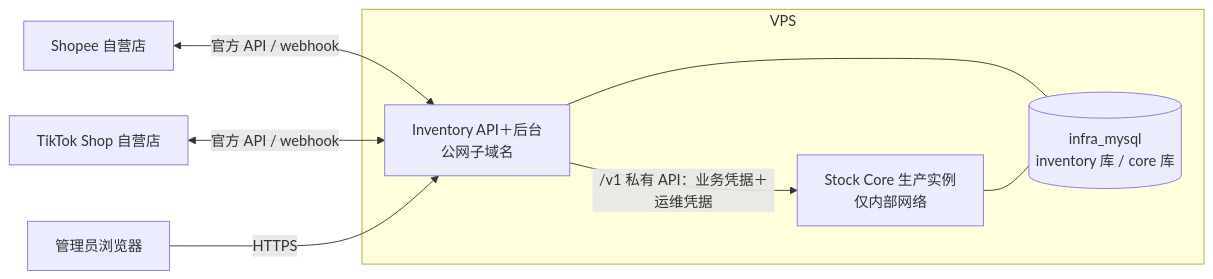
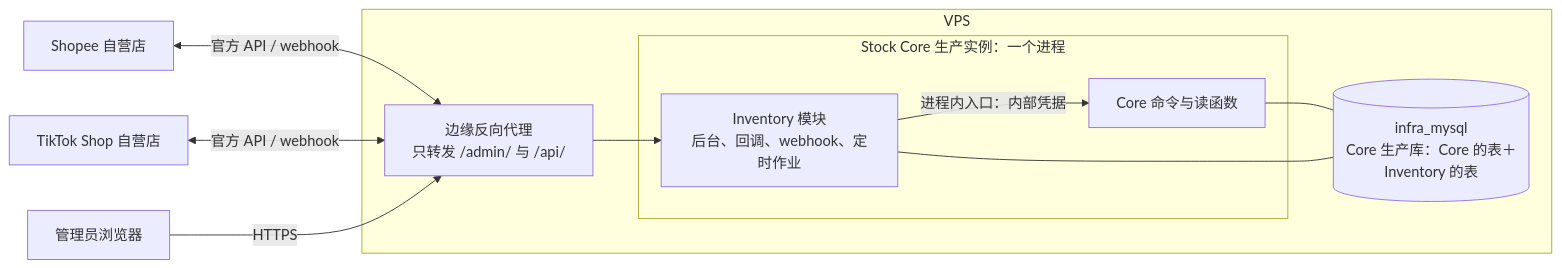
Before and after one commit to kelvinpang90/acuven_stock_core: the first of 2 diagrams in docs/inventory/V1_MINIMAL_DESIGN.md, drawn with Mermaid. The commit also changed other lines of this file and 2 other files, not shown here.

First line of the commit message:
docs(inventory): V1 设计 0.4、后台登录 0.2 草案——按并入 Core 改写，加索引

````diff
--- a/docs/inventory/V1_MINIMAL_DESIGN.md
+++ b/docs/inventory/V1_MINIMAL_DESIGN.md
@@ -52,14 +58,18 @@
 ```mermaid
 flowchart LR
-  SP[Shopee 自营店] <-->|官方 API / webhook| INV
-  TT[TikTok Shop 自营店] <-->|官方 API / webhook| INV
-  ADM[管理员浏览器] -->|HTTPS| INV
+  SP[Shopee 自营店] <-->|官方 API / webhook| PROXY
+  TT[TikTok Shop 自营店] <-->|官方 API / webhook| PROXY
+  ADM[管理员浏览器] -->|HTTPS| PROXY
   subgraph VPS
-    INV[Inventory API＋后台<br/>公网子域名]
-    CORE[Stock Core 生产实例<br/>仅内部网络]
-    DB[(infra_mysql<br/>inventory 库 / core 库)]
+    PROXY[边缘反向代理<br/>只转发 /admin/ 与 /api/]
+    subgraph CORE[Stock Core 生产实例：一个进程]
+      INV[Inventory 模块<br/>后台、回调、webhook、定时作业]
+      SVC[Core 命令与读函数]
+      INV -->|进程内入口：内部凭据| SVC
+    end
+    DB[(infra_mysql<br/>Core 生产库：Core 的表＋Inventory 的表)]
   end
-  INV -->|/v1 私有 API：业务凭据＋运维凭据| CORE
+  PROXY --> INV
+  SVC --- DB
   INV --- DB
-  CORE --- DB
 ```
````
